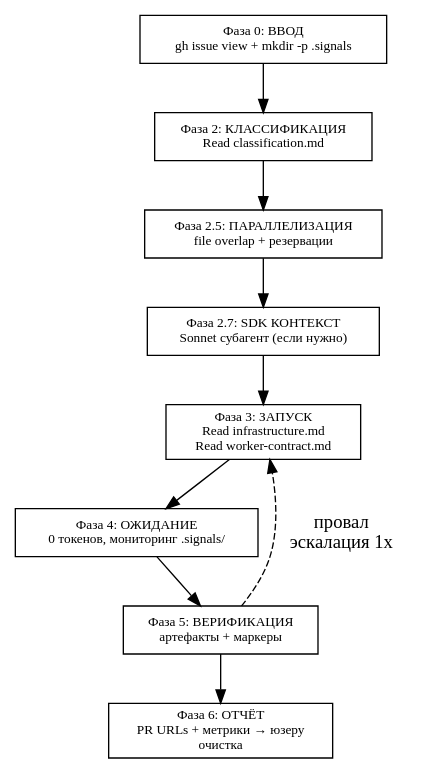
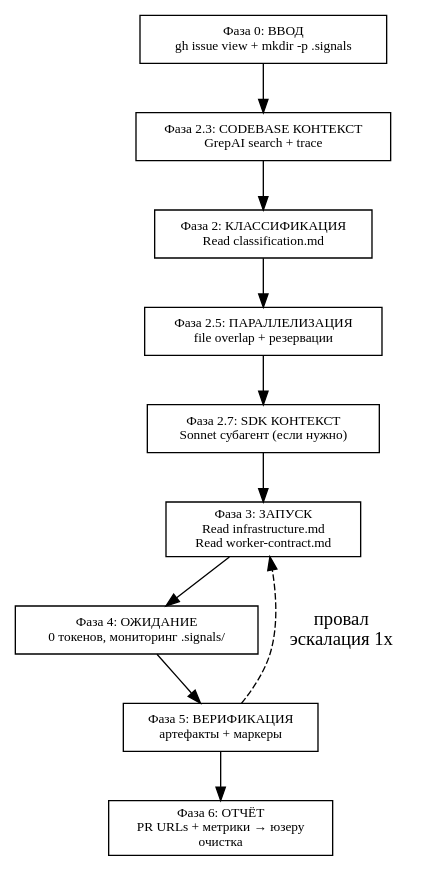
The diagram in .claude/skills/tmux-swarm-orchestration/SKILL.md (yastman/rag), drawn with Graphviz before and after one commit. The commit also changed other lines of this file and 6 other files, not shown here.

````diff
--- a/.claude/skills/tmux-swarm-orchestration/SKILL.md
+++ b/.claude/skills/tmux-swarm-orchestration/SKILL.md
@@ -26,16 +26,17 @@
 ```dot
 digraph flow {
   rankdir=TB; node [shape=box, fontsize=10];
   init [label="Фаза 0: ВВОД\ngh issue view + mkdir -p .signals"];
+  codebase [label="Фаза 2.3: CODEBASE КОНТЕКСТ\nGrepAI search + trace"];
   classify [label="Фаза 2: КЛАССИФИКАЦИЯ\nRead classification.md"];
   parallel [label="Фаза 2.5: ПАРАЛЛЕЛИЗАЦИЯ\nfile overlap + резервации"];
   sdk [label="Фаза 2.7: SDK КОНТЕКСТ\nSonnet субагент (если нужно)"];
   spawn [label="Фаза 3: ЗАПУСК\nRead infrastructure.md\nRead worker-contract.md"];
   wait [label="Фаза 4: ОЖИДАНИЕ\n0 токенов, мониторинг .signals/"];
   verify [label="Фаза 5: ВЕРИФИКАЦИЯ\nартефакты + маркеры"];
   report [label="Фаза 6: ОТЧЁТ\nPR URLs + метрики → юзеру\nочистка"];
 
-  init -> classify -> parallel -> sdk -> spawn -> wait -> verify -> report;
+  init -> codebase -> classify -> parallel -> sdk -> spawn -> wait -> verify -> report;
   verify -> spawn [label="провал\nэскалация 1x", style=dashed];
 }
 ```
````
